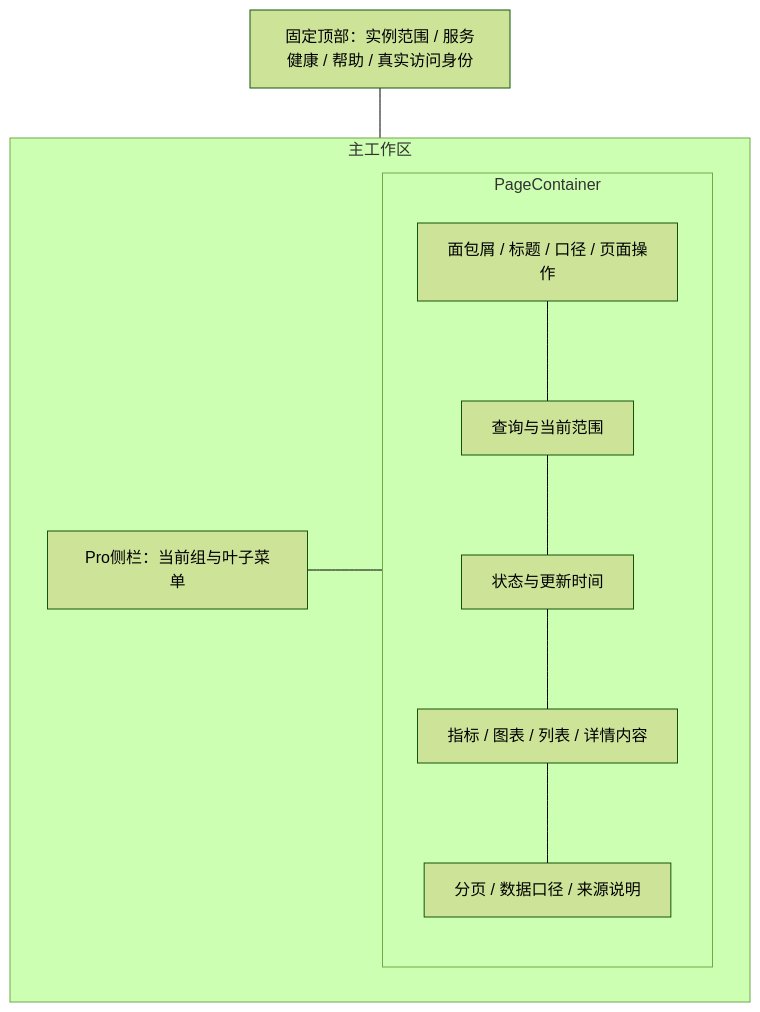
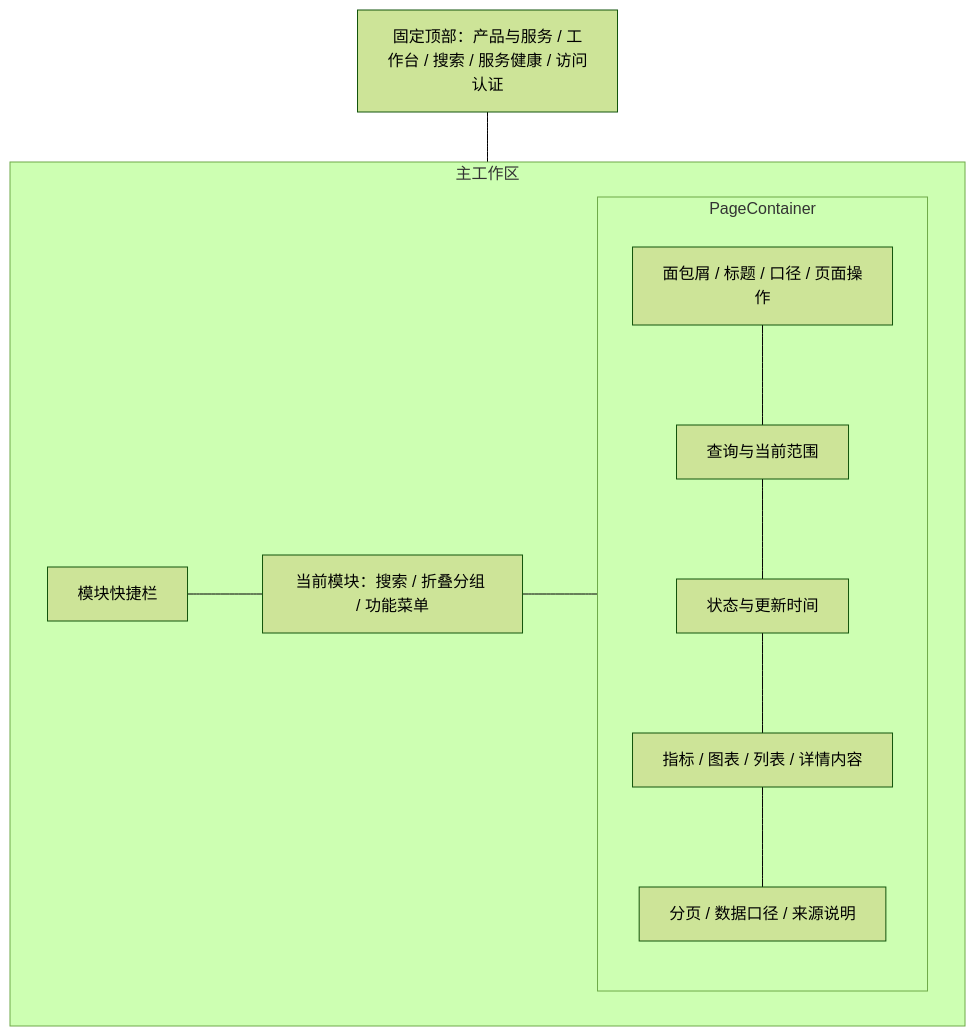
The first of 7 diagrams in docs/console-design/layout-and-interaction.md (zhongxinxuhk/cythsec-network-netfols), drawn with Mermaid (forest theme) before and after one commit. The commit also changed other lines of this file and 12 other files, not shown here.

````diff
--- a/docs/console-design/layout-and-interaction.md
+++ b/docs/console-design/layout-and-interaction.md
@@ -25,19 +25,21 @@
 ```mermaid
 flowchart TB
-    H[固定顶部：实例范围 / 服务健康 / 帮助 / 真实访问身份]
+    H[固定顶部：产品与服务 / 工作台 / 搜索 / 服务健康 / 访问认证]
     subgraph B[主工作区]
       direction LR
-      M[Pro侧栏：当前组与叶子菜单]
+      R[模块快捷栏]
+      M[当前模块：搜索 / 折叠分组 / 功能菜单]
+      R --- M
       subgraph C[PageContainer]
         direction TB
         P[面包屑 / 标题 / 口径 / 页面操作]
         Q[查询与当前范围]
         S[状态与更新时间]
         V[指标 / 图表 / 列表 / 详情内容]
         F[分页 / 数据口径 / 来源说明]
         P --- Q --- S --- V --- F
       end
       M --- C
     end
     H --- B
 ```
````
